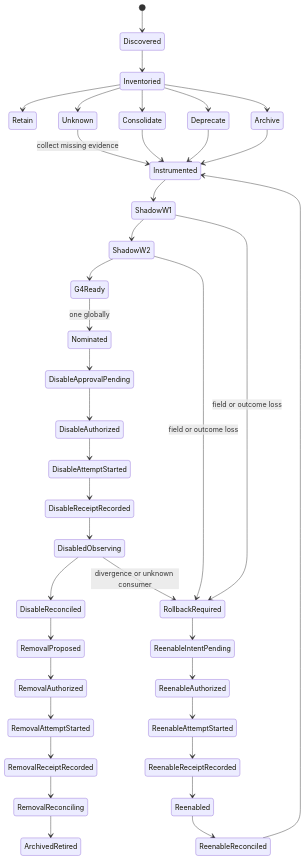
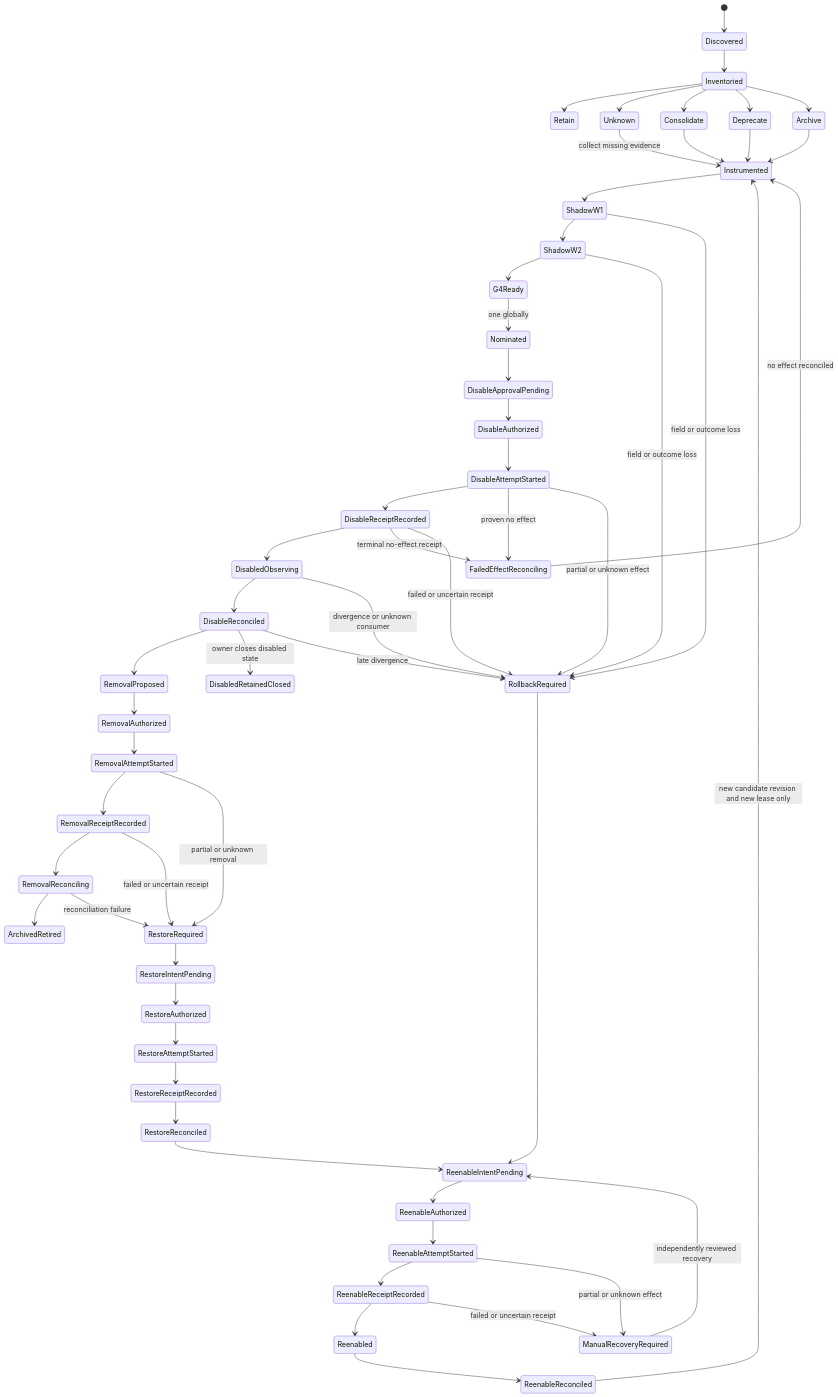
One commit to Bali-Zero/Teman2 changed the diagram in research/operations/execution/research-os-v1.0.0/RETIREMENT-REGISTER.md. Above: the diagram before and after it, drawn with Mermaid. The commit also changed other lines of this file and 4 other files, not shown here.

````diff
--- a/research/operations/execution/research-os-v1.0.0/RETIREMENT-REGISTER.md
+++ b/research/operations/execution/research-os-v1.0.0/RETIREMENT-REGISTER.md
@@ -17,40 +17,59 @@
 ```mermaid
 stateDiagram-v2
     [*] --> Discovered
     Discovered --> Inventoried
     Inventoried --> Retain
     Inventoried --> Unknown
     Inventoried --> Consolidate
     Inventoried --> Deprecate
     Inventoried --> Archive
     Consolidate --> Instrumented
     Deprecate --> Instrumented
     Archive --> Instrumented
     Unknown --> Instrumented: collect missing evidence
     Instrumented --> ShadowW1
     ShadowW1 --> ShadowW2
     ShadowW2 --> G4Ready
     G4Ready --> Nominated: one globally
     Nominated --> DisableApprovalPending
     DisableApprovalPending --> DisableAuthorized
     DisableAuthorized --> DisableAttemptStarted
     DisableAttemptStarted --> DisableReceiptRecorded
     DisableReceiptRecorded --> DisabledObserving
     DisabledObserving --> DisableReconciled
     DisableReconciled --> RemovalProposed
+    DisableReconciled --> DisabledRetainedClosed: owner closes disabled state
     RemovalProposed --> RemovalAuthorized
     RemovalAuthorized --> RemovalAttemptStarted
     RemovalAttemptStarted --> RemovalReceiptRecorded
     RemovalReceiptRecorded --> RemovalReconciling
     RemovalReconciling --> ArchivedRetired
+    DisableAttemptStarted --> FailedEffectReconciling: proven no effect
+    DisableReceiptRecorded --> FailedEffectReconciling: terminal no-effect receipt
+    FailedEffectReconciling --> Instrumented: no effect reconciled
+    DisableAttemptStarted --> RollbackRequired: partial or unknown effect
+    DisableReceiptRecorded --> RollbackRequired: failed or uncertain receipt
     DisabledObserving --> RollbackRequired: divergence or unknown consumer
+    DisableReconciled --> RollbackRequired: late divergence
     ShadowW1 --> RollbackRequired: field or outcome loss
     ShadowW2 --> RollbackRequired: field or outcome loss
+    RemovalAttemptStarted --> RestoreRequired: partial or unknown removal
+    RemovalReceiptRecorded --> RestoreRequired: failed or uncertain receipt
+    RemovalReconciling --> RestoreRequired: reconciliation failure
+    RestoreRequired --> RestoreIntentPending
+    RestoreIntentPending --> RestoreAuthorized
+    RestoreAuthorized --> RestoreAttemptStarted
+    RestoreAttemptStarted --> RestoreReceiptRecorded
+    RestoreReceiptRecorded --> RestoreReconciled
+    RestoreReconciled --> ReenableIntentPending
     RollbackRequired --> ReenableIntentPending
     ReenableIntentPending --> ReenableAuthorized
     ReenableAuthorized --> ReenableAttemptStarted
     ReenableAttemptStarted --> ReenableReceiptRecorded
     ReenableReceiptRecorded --> Reenabled
+    ReenableAttemptStarted --> ManualRecoveryRequired: partial or unknown effect
+    ReenableReceiptRecorded --> ManualRecoveryRequired: failed or uncertain receipt
+    ManualRecoveryRequired --> ReenableIntentPending: independently reviewed recovery
     Reenabled --> ReenableReconciled
-    ReenableReconciled --> Instrumented
+    ReenableReconciled --> Instrumented: new candidate revision and new lease only
 ```
````
